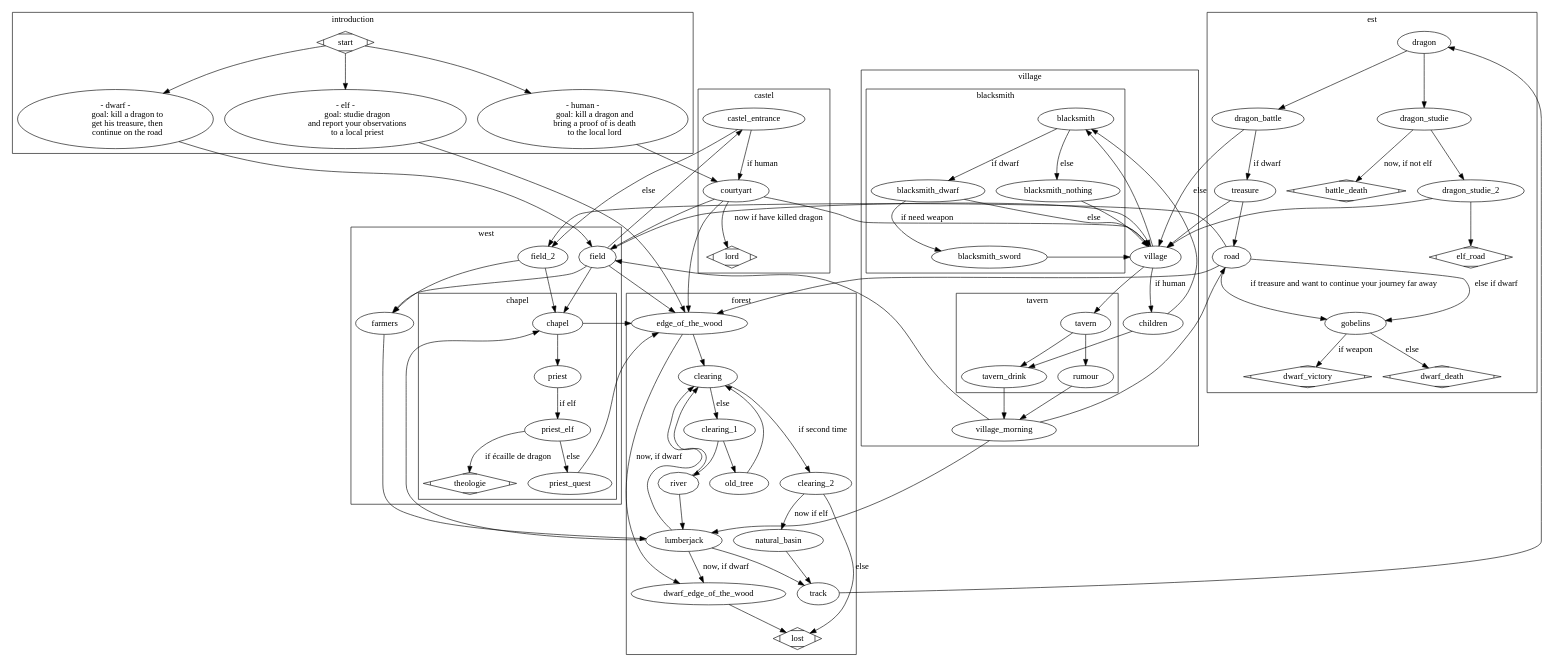
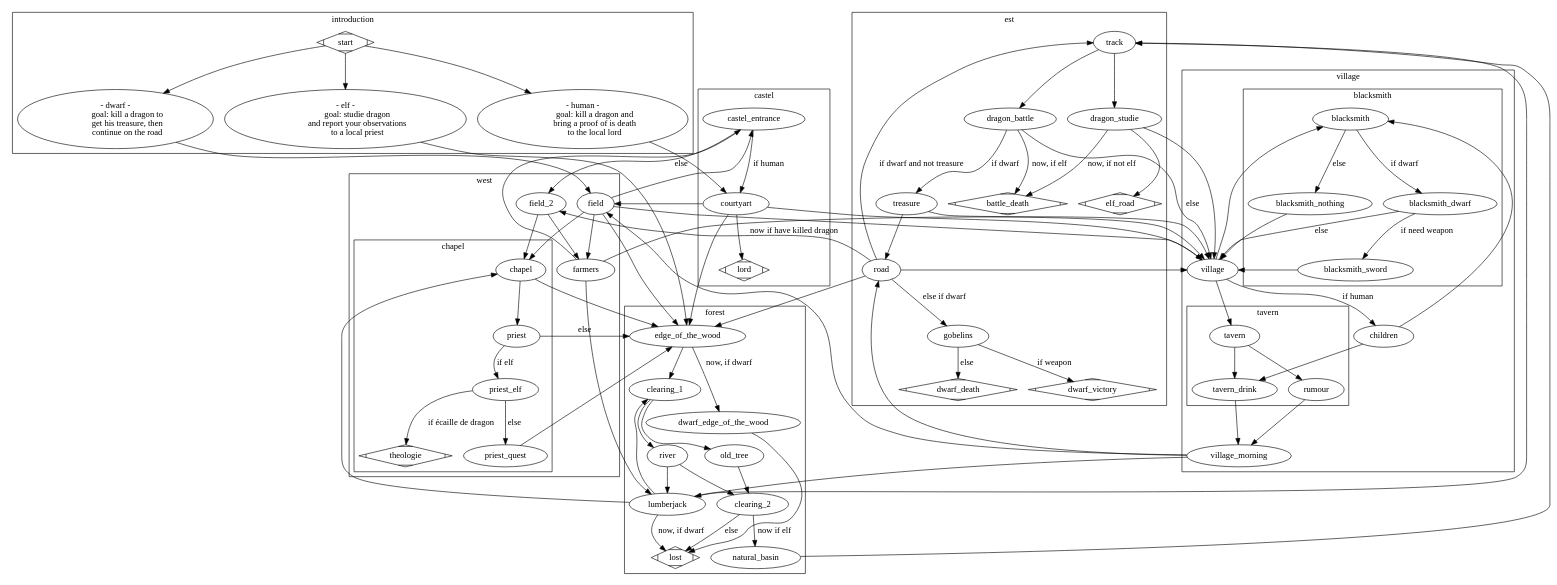
Before and after one commit to robinmoussu/story: the diagram in story.dot, drawn with Graphviz. The commit also changed 9 other files, not shown here.

```diff
--- a/story.dot
+++ b/story.dot
@@ -1,175 +1,173 @@
 digraph G {
     compound=true;
     subgraph cluster0 {
         label = introduction;
         start [shape=Mdiamond];
         elf;
         dwarf;
         human;
 
         elf [label="- elf -
             goal: studie dragon
             and report your observations
             to a local priest"]
         human [label="- human -
             goal: kill a dragon and
             bring a proof of is death
             to the local lord"]
         dwarf [label="- dwarf -
             goal: kill a dragon to
             get his treasure, then
             continue on the road"]
         start -> dwarf, elf, human;
     }
 
     subgraph cluster1 {
         label = village
         village;
         village_morning;
         children;
         
         subgraph cluster5 {
             label = blacksmith;
             blacksmith;
             blacksmith_sword;
             blacksmith_dwarf;
             blacksmith_nothing;
         }
 
         subgraph cluster6 {
             label = tavern;
             tavern;
             rumour;
             tavern_drink;
         }
 
         village -> blacksmith, tavern;
         village -> children [label="if human"];
         children -> tavern_drink, blacksmith;
 
         blacksmith -> blacksmith_dwarf [label="if dwarf"]
         blacksmith_dwarf -> blacksmith_sword [label="if need weapon"];
         blacksmith_dwarf -> village [label="else"];
         blacksmith -> blacksmith_nothing [label="else"];
 
         blacksmith_sword -> village;
         blacksmith_nothing -> village;
 
         tavern -> rumour,tavern_drink;
         tavern_drink -> village_morning;
         rumour -> village_morning;
     }
 
     subgraph cluster2 {
         label = west;
         field;
         field_2;
         farmers;
 
         subgraph cluster7 {
             label=chapel;
             chapel;
             priest;
             priest_elf;
             priest_quest;
             theologie [shape=Mdiamond];
         }
 
         field -> farmers;
         field -> chapel;
         field_2 -> farmers;
         field_2 -> chapel;
         chapel -> priest;
         priest -> priest_elf [label="if elf"];
         priest_elf -> theologie [label="if écaille de dragon"];
         priest_elf -> priest_quest [label="else"];
     }
 
     subgraph cluster3 {
         label = forest;
         edge_of_the_wood;
         dwarf_edge_of_the_wood;
-        clearing;
         clearing_1;
         clearing_2;
         natural_basin;
-        track;
         river;
         old_tree;
         lost [shape=Mdiamond];
         lumberjack;
 
-        lumberjack -> dwarf_edge_of_the_wood [label="now, if dwarf"];
-        lumberjack -> clearing;
-        lumberjack -> track;
-        clearing -> clearing_2 [label="if second time"];
-        clearing -> clearing_1 [label="else"];
+        edge_of_the_wood -> clearing_1;
+        lumberjack -> lost [label="now, if dwarf"];
+        lumberjack -> clearing_1;
         clearing_1 -> river, old_tree;
         clearing_2 -> natural_basin [label="now if elf"];
         clearing_2 -> lost [label="else"];
-        natural_basin -> track;
-        river -> lumberjack, clearing;
-        old_tree -> clearing;
+        river -> lumberjack, clearing_2;
+        old_tree -> clearing_2;
     }
 
     subgraph cluster4 {
         label = est;
-        dragon;
+        track;
         dragon_battle;
         dragon_studie;
-        dragon_studie_2;
         road;
         elf_road [shape=Mdiamond];
         gobelins;
         treasure;
         dwarf_victory [shape=Mdiamond];
         dwarf_death [shape=Mdiamond];
         battle_death [shape=Mdiamond];
 
-        dragon -> dragon_battle, dragon_studie;
+        
+        track -> dragon_battle, dragon_studie;
         dragon_battle -> village [label=else];
+        dragon_battle -> battle_death [label="now, if elf"];
         dragon_battle -> treasure [label="if dwarf"];
         dragon_studie -> battle_death [label="now, if not elf"];
     }
 
     subgraph cluster8 {
         label=castel;
         castel_entrance;
         courtyart;
         lord [shape=Mdiamond];
 
         castel_entrance -> courtyart [label="if human"];
         courtyart -> lord [label="now if have killed dragon"];
     }
 
     castel_entrance -> field_2 [label="else"];
     courtyart -> field, village, edge_of_the_wood;
 
     human -> courtyart;
     elf -> edge_of_the_wood;
     dwarf -> field;
 
+    priest -> edge_of_the_wood [label="else"];
     field -> edge_of_the_wood, village, castel_entrance;
-    edge_of_the_wood -> clearing;
+
     edge_of_the_wood -> dwarf_edge_of_the_wood [label="now, if dwarf"];
-
     dwarf_edge_of_the_wood -> lost;
 
-    track -> dragon;
-    dragon_studie -> dragon_studie_2;
-    dragon_studie_2 -> village, elf_road;
+    lumberjack -> track;
+    natural_basin -> track;
+    dragon_studie -> village, elf_road;
 
     treasure -> village, road;
-    road -> gobelins [label="if treasure and want to continue your journey far away"];
+    road -> track [label="if dwarf and not treasure"]
     road -> gobelins [label="else if dwarf"];
-    road -> edge_of_the_wood, field_2;
+    road -> edge_of_the_wood, field_2, village;
     gobelins -> dwarf_victory [label="if weapon"];
     gobelins -> dwarf_death [label="else"];
 
     village_morning -> field, lumberjack, road;
 
     chapel -> edge_of_the_wood;
     farmers -> lumberjack;
+    farmers -> castel_entrance;
+    farmers -> village;
     priest_quest -> edge_of_the_wood;
     lumberjack -> chapel;
 }
```
